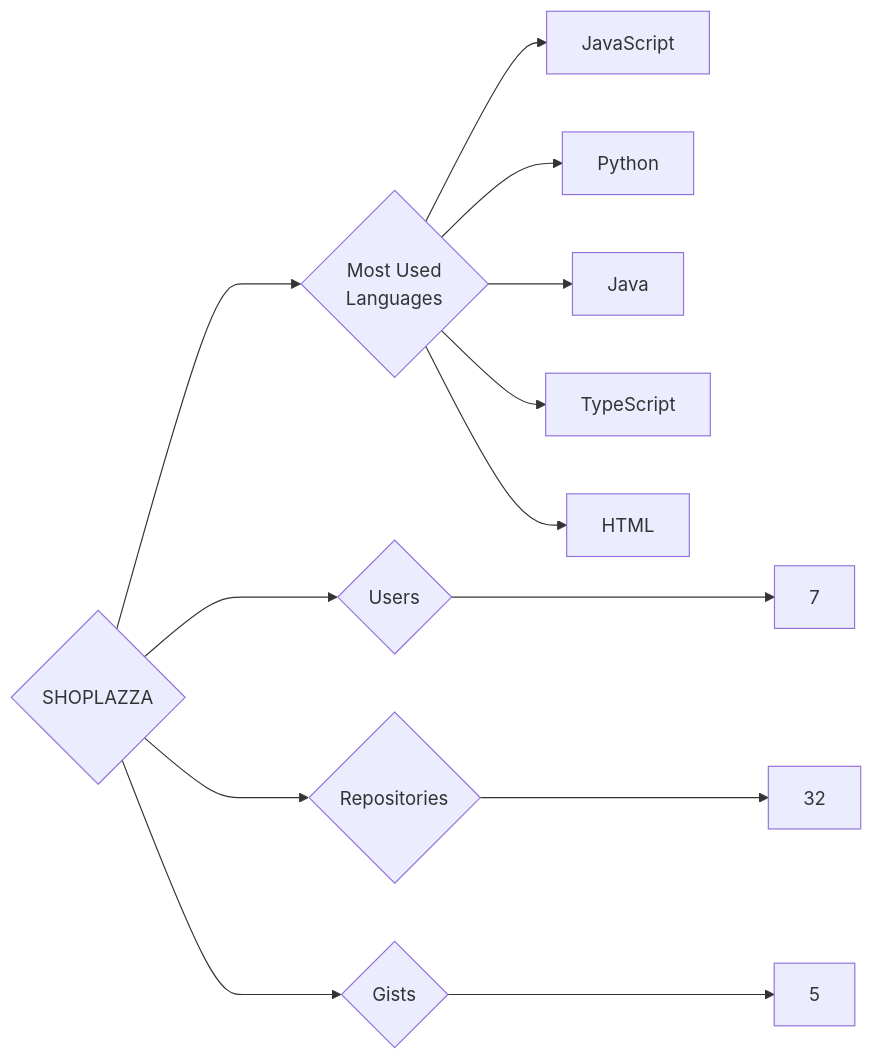
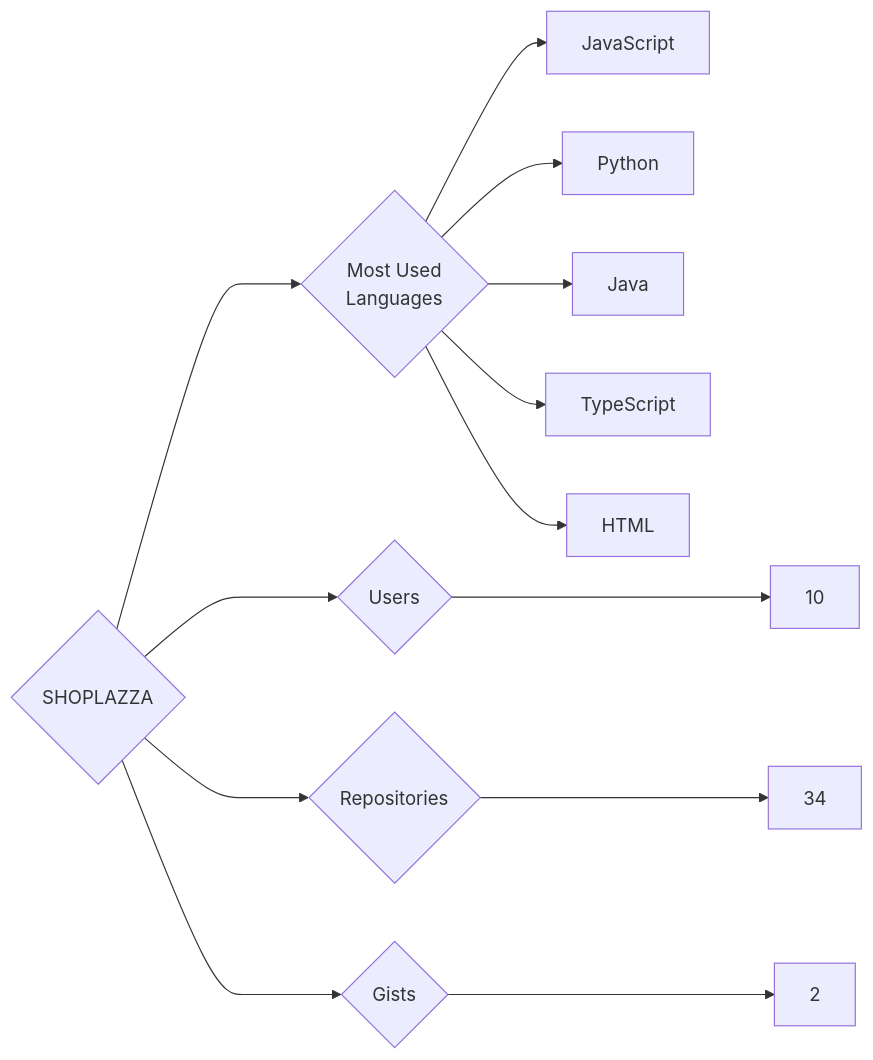
One commit to trickest/insiders changed the diagram in targets/SHOPLAZZA/README.md. Above: the diagram before and after it, drawn with Mermaid. The commit also changed 1496 other files, not shown here.

````diff
--- a/targets/SHOPLAZZA/README.md
+++ b/targets/SHOPLAZZA/README.md
@@ -3,13 +3,13 @@
 ```mermaid
 graph LR
 COMPANY_NAME{SHOPLAZZA}
-COMPANY_NAME ---> U{Users} ---> UN[7]
-COMPANY_NAME ---> R{Repositories} ---> RN[32]
-COMPANY_NAME ---> G{Gists} ---> GN[5]
+COMPANY_NAME ---> U{Users} ---> UN[10]
+COMPANY_NAME ---> R{Repositories} ---> RN[34]
+COMPANY_NAME ---> G{Gists} ---> GN[2]
 COMPANY_NAME ---> ML{Most Used<br>Languages}
 ML --> JavaScript[JavaScript]
 ML --> Python[Python]
 ML --> Java[Java]
 ML --> TypeScript[TypeScript]
 ML --> HTML[HTML]
 ```
````
